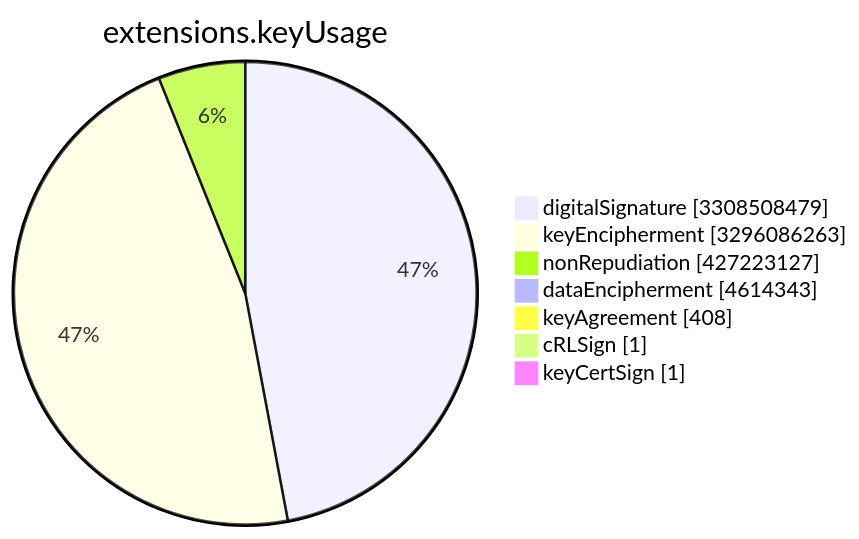
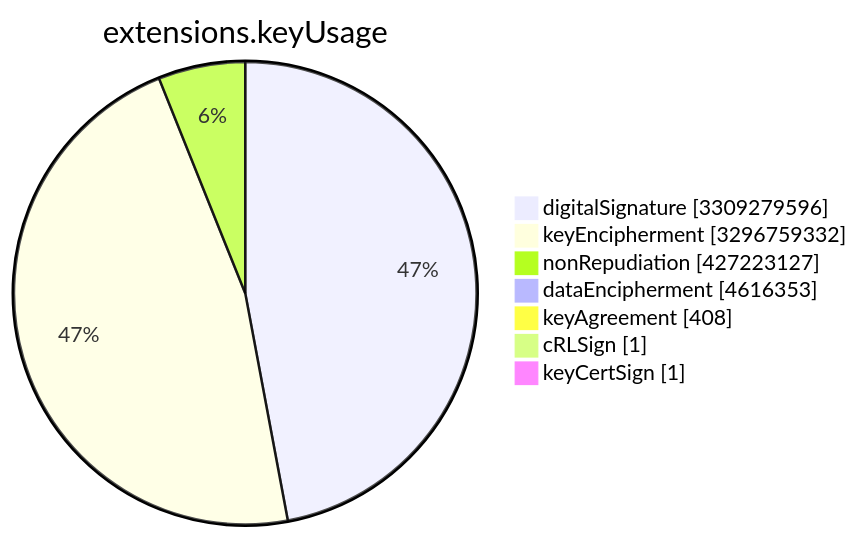
Before and after one commit to christiankrug/ctmonitor_visualization: the sixth of 15 diagrams in TOTAL/README.md, drawn with Mermaid. The commit also changed other lines of this file, not shown here.

````diff
--- a/TOTAL/README.md
+++ b/TOTAL/README.md
@@ -3078,11 +3078,11 @@
 ```mermaid
 pie showData
 title extensions.keyUsage
-"digitalSignature" :3308508479
-"keyEncipherment" :3296086263
+"digitalSignature" :3309279596
+"keyEncipherment" :3296759332
 "nonRepudiation" :427223127
-"dataEncipherment" :4614343
+"dataEncipherment" :4616353
 "keyAgreement" :408
 "cRLSign" :1
 "keyCertSign" :1
 ```
````
